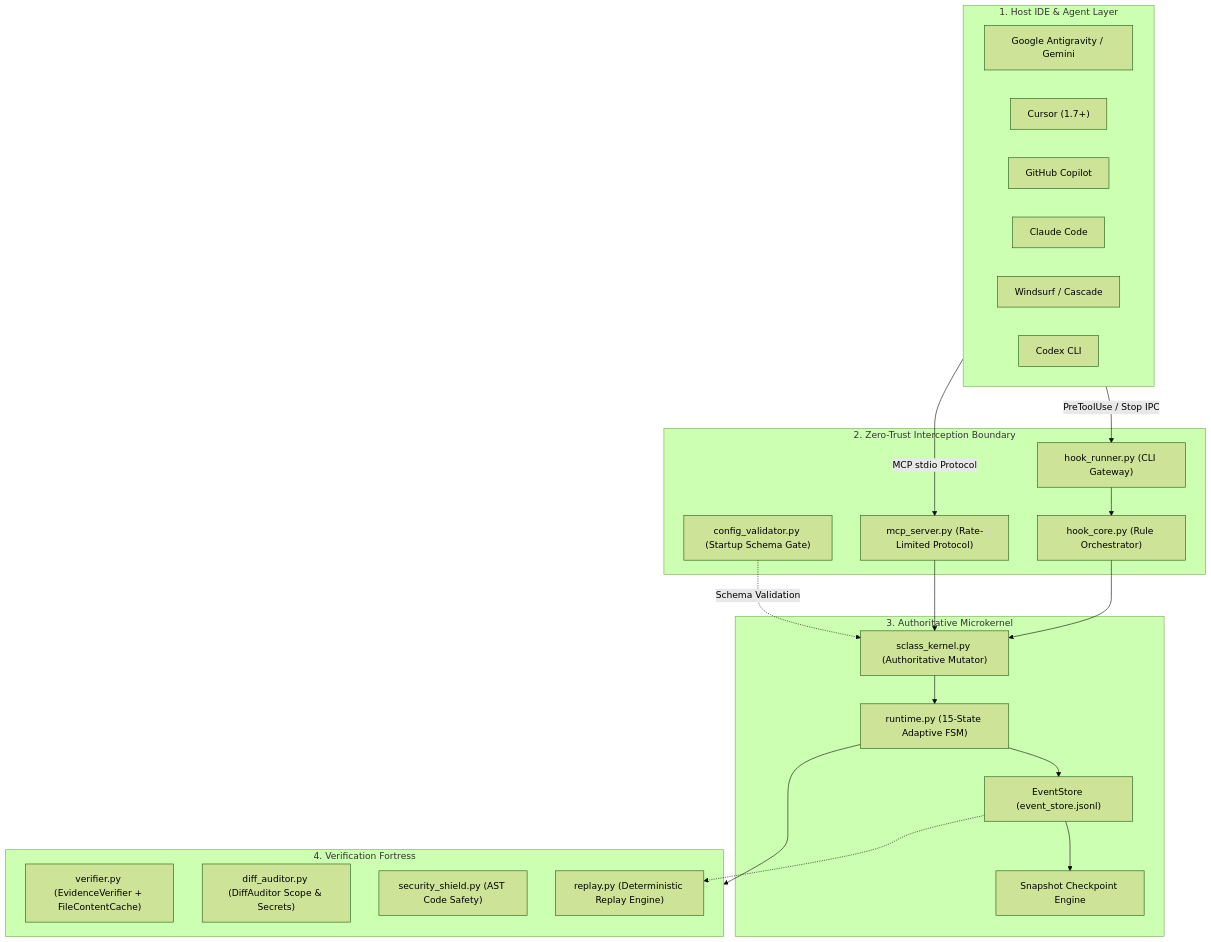
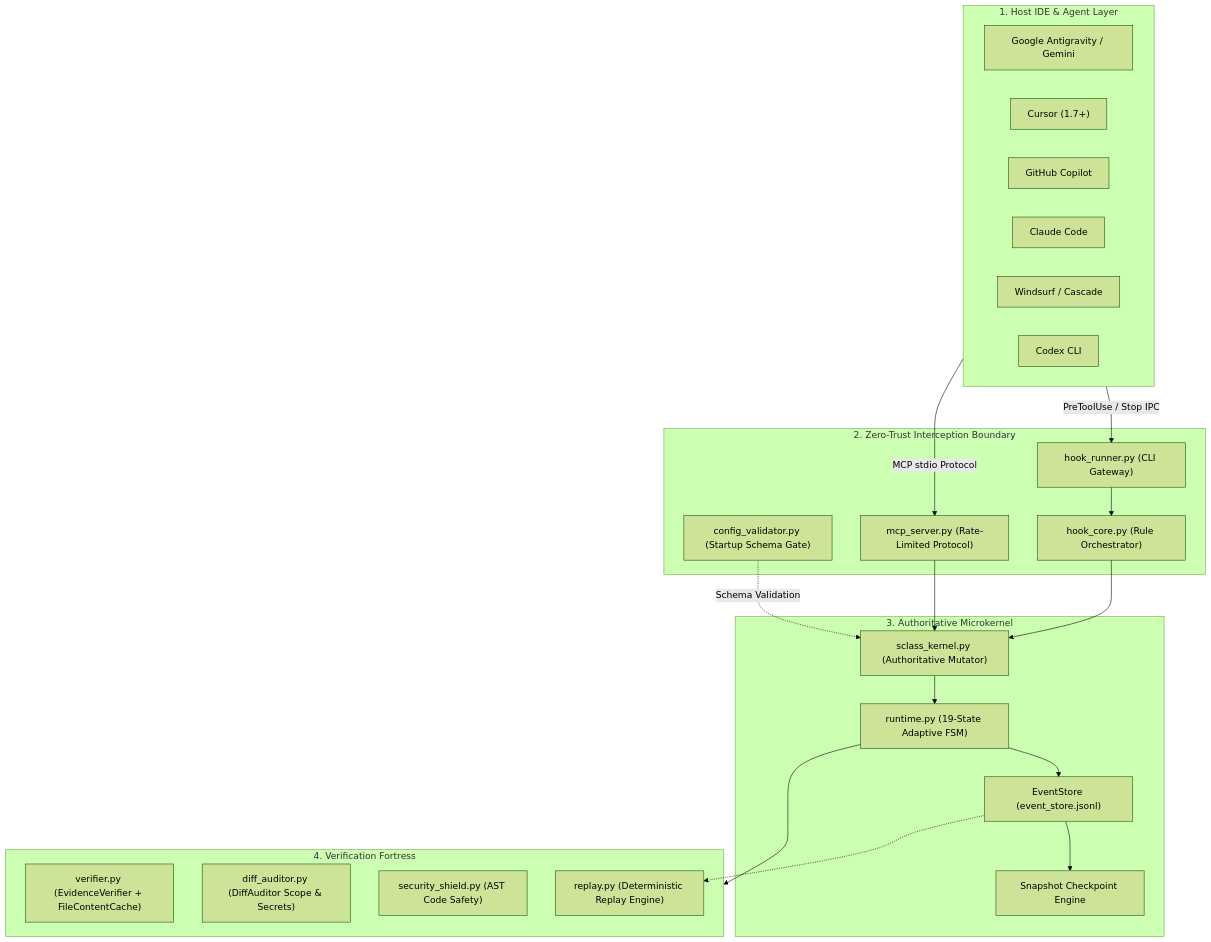
Before and after one commit to ak-bharadwaj/S-class: the first of 6 diagrams in ARCHITECTURE.md, drawn with Mermaid (forest theme). The commit also changed other lines of this file and 10 other files, not shown here.

````diff
--- a/ARCHITECTURE.md
+++ b/ARCHITECTURE.md
@@ -11,44 +11,44 @@
 ```mermaid
 flowchart TD
     subgraph HostIDELayer ["1. Host IDE & Agent Layer"]
         AG["Google Antigravity / Gemini"]
         CR["Cursor (1.7+)"]
         CP["GitHub Copilot"]
         CC["Claude Code"]
         WS["Windsurf / Cascade"]
         CX["Codex CLI"]
     end
 
     subgraph InterceptionLayer ["2. Zero-Trust Interception Boundary"]
         HR["hook_runner.py (CLI Gateway)"]
         HC["hook_core.py (Rule Orchestrator)"]
         RL["mcp_server.py (Rate-Limited Protocol)"]
         CV["config_validator.py (Startup Schema Gate)"]
     end
 
     subgraph MicrokernelLayer ["3. Authoritative Microkernel"]
         MK["sclass_kernel.py (Authoritative Mutator)"]
-        FSM["runtime.py (15-State Adaptive FSM)"]
+        FSM["runtime.py (19-State Adaptive FSM)"]
         ES["EventStore (event_store.jsonl)"]
         CPK["Snapshot Checkpoint Engine"]
     end
 
     subgraph VerificationFortress ["4. Verification Fortress"]
         EV["verifier.py (EvidenceVerifier + FileContentCache)"]
         DA["diff_auditor.py (DiffAuditor Scope & Secrets)"]
         SS["security_shield.py (AST Code Safety)"]
         RE["replay.py (Deterministic Replay Engine)"]
     end
 
     HostIDELayer -->|PreToolUse / Stop IPC| HR
     HostIDELayer -->|MCP stdio Protocol| RL
     HR --> HC
     HC --> MK
     RL --> MK
     CV -.->|Schema Validation| MK
     MK --> FSM
     FSM --> ES
     ES --> CPK
     FSM --> VerificationFortress
     ES -.-> RE
 ```
````
